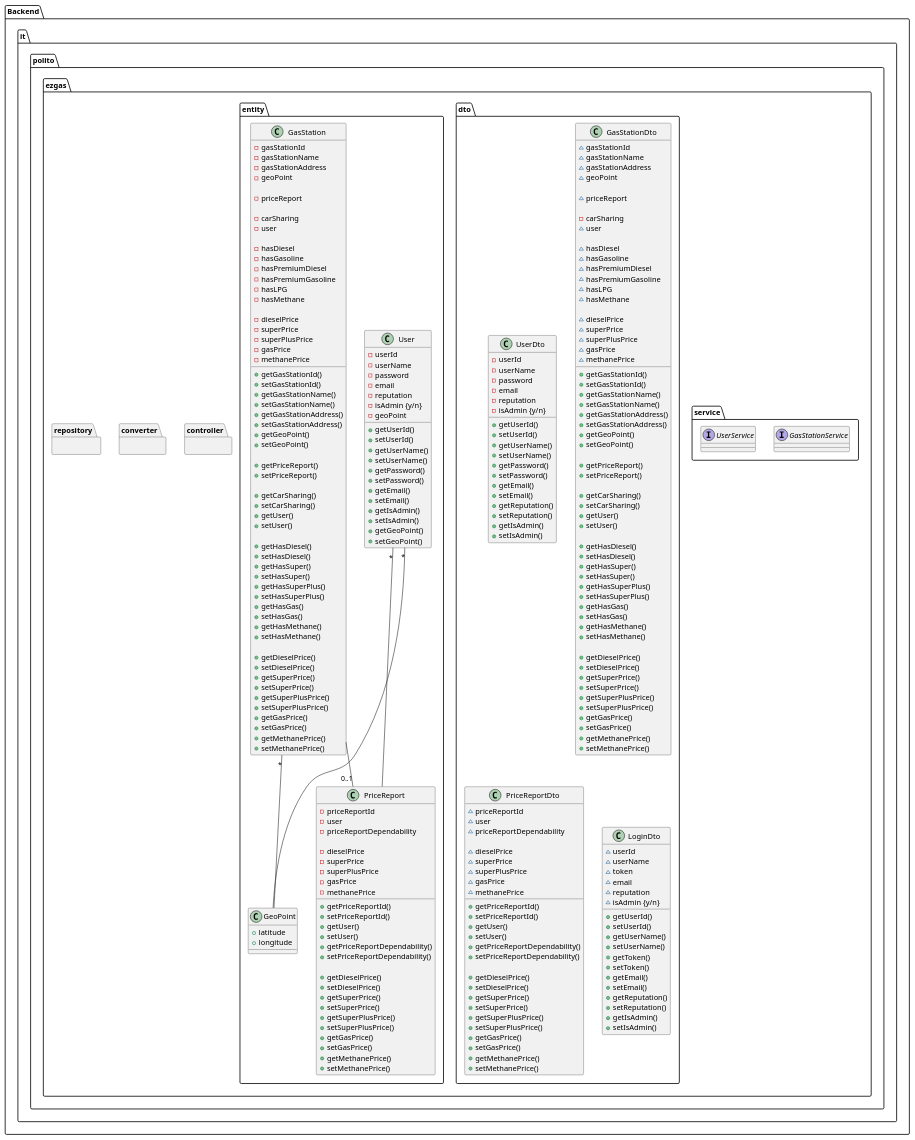
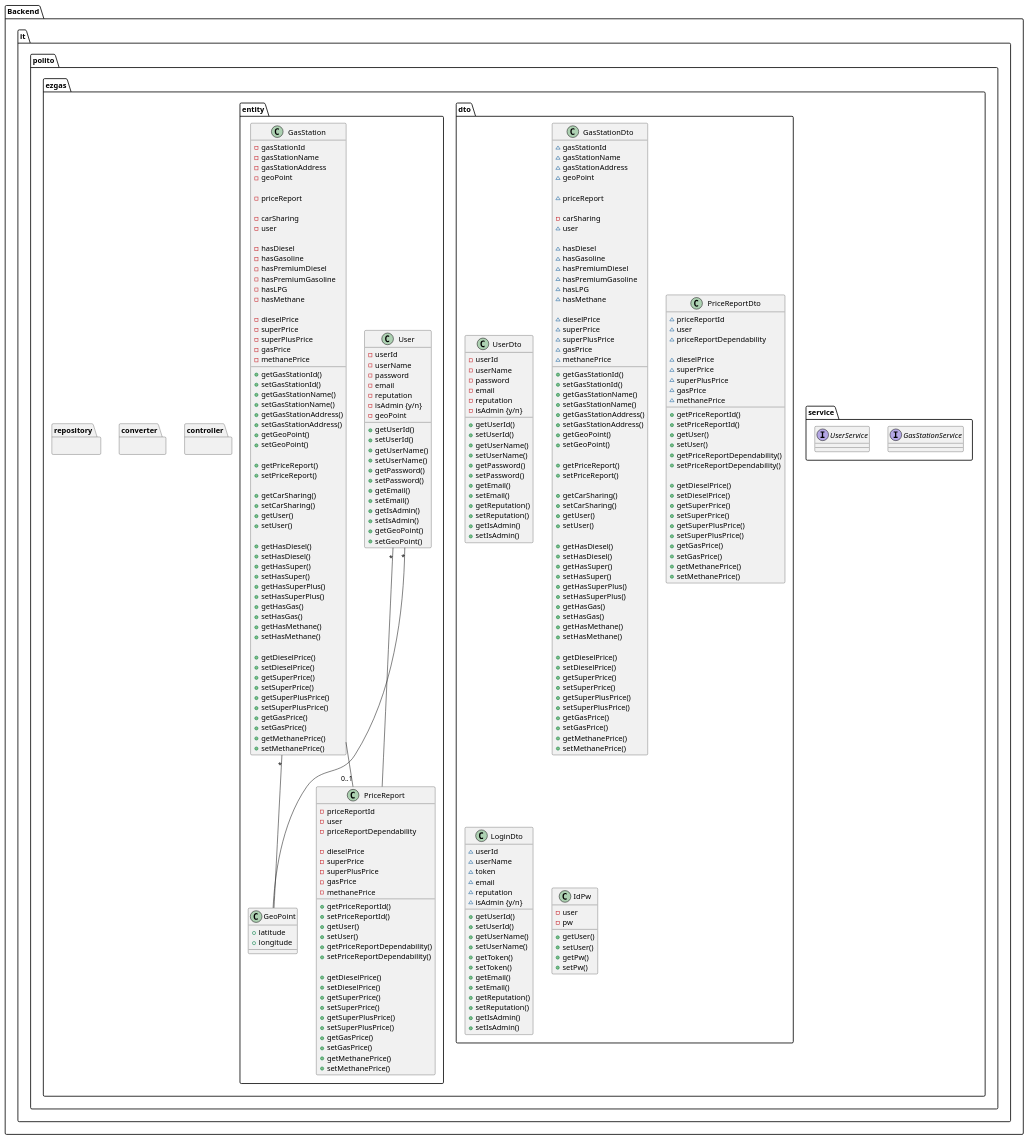
One commit to e-caste/SoftEng-EZGas changed the fourth of 4 diagrams in docs/DesignDocument.md. Above: the diagram before and after it, drawn with PlantUML.

Commit message:
add IdPw class

```diff
--- a/docs/DesignDocument.md
+++ b/docs/DesignDocument.md
@@ -373,6 +373,15 @@
             + getIsAdmin()
             + setIsAdmin()
         }
+
+        class IdPw {
+         - user
+         - pw
+            + getUser()
+            + setUser()
+            + getPw()
+            + setPw()
+        }
     }
     
     package "it.polito.ezgas.entity" {
```
